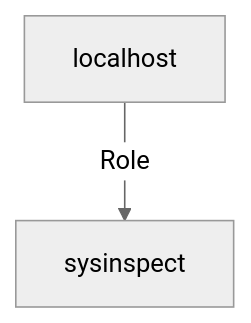
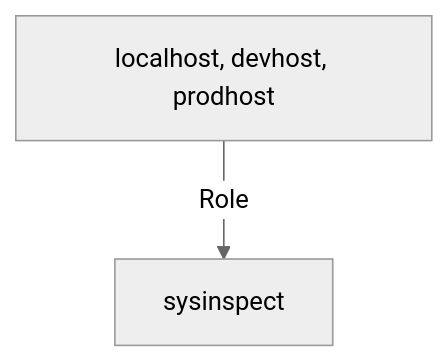
One commit to docsible/sysinspect changed the third of 3 diagrams in README.md. Above: the diagram before and after it, drawn with Mermaid (neutral theme). The commit also changed other lines of this file, not shown here.

Commit message:
📘 update using docsible v0.7.24 (latest) (commit: b709045) - Merge pull request #102 from zachjud/playbook_hosts_fix

````diff
--- a/README.md
+++ b/README.md
@@ -480,4 +483,4 @@
 ```mermaid
 flowchart TD
-  localhost-->|Role| ___sysinspect[   sysinspect]
+  hosts[localhost, devhost, prodhost]-->|Role| ___sysinspect[   sysinspect]
 ```
````
